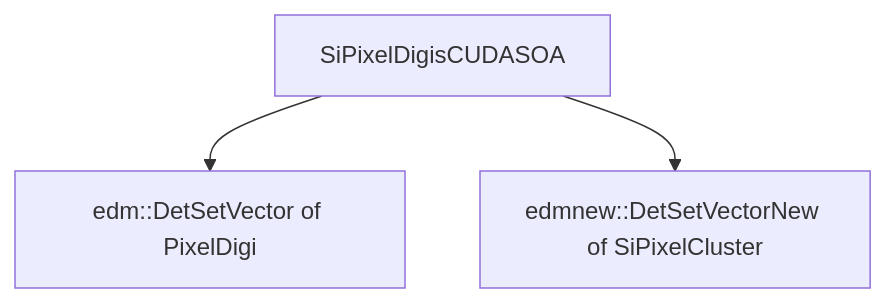
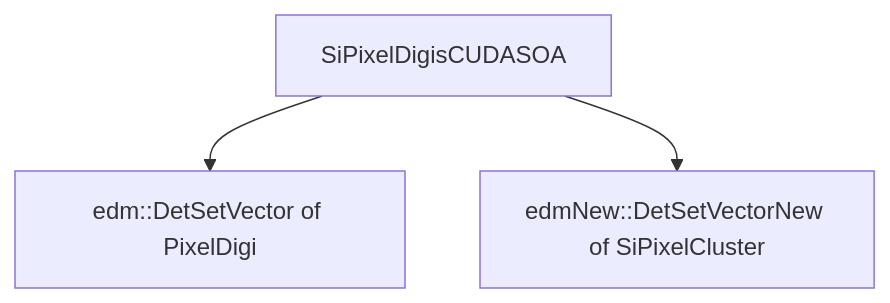
Before and after one commit to CMSTrackerDPG/cms-tkdpg-software-knowledge-transfer: the diagram in docs/cmssw/gpu/SiPixelDigisClustersFromSoA-overview.md, drawn with Mermaid. The commit also changed other lines of this file, not shown here.

````diff
--- a/docs/cmssw/gpu/SiPixelDigisClustersFromSoA-overview.md
+++ b/docs/cmssw/gpu/SiPixelDigisClustersFromSoA-overview.md
@@ -10,6 +10,6 @@
 ```mermaid
 flowchart
 	cudasoa[SiPixelDigisCUDASOA] --> detsetpix[edm::DetSetVector of PixelDigi]
-	cudasoa --> detsetclus[edmnew::DetSetVectorNew of SiPixelCluster]	
+	cudasoa --> detsetclus[edmNew::DetSetVectorNew of SiPixelCluster]	
 
 ```
````
